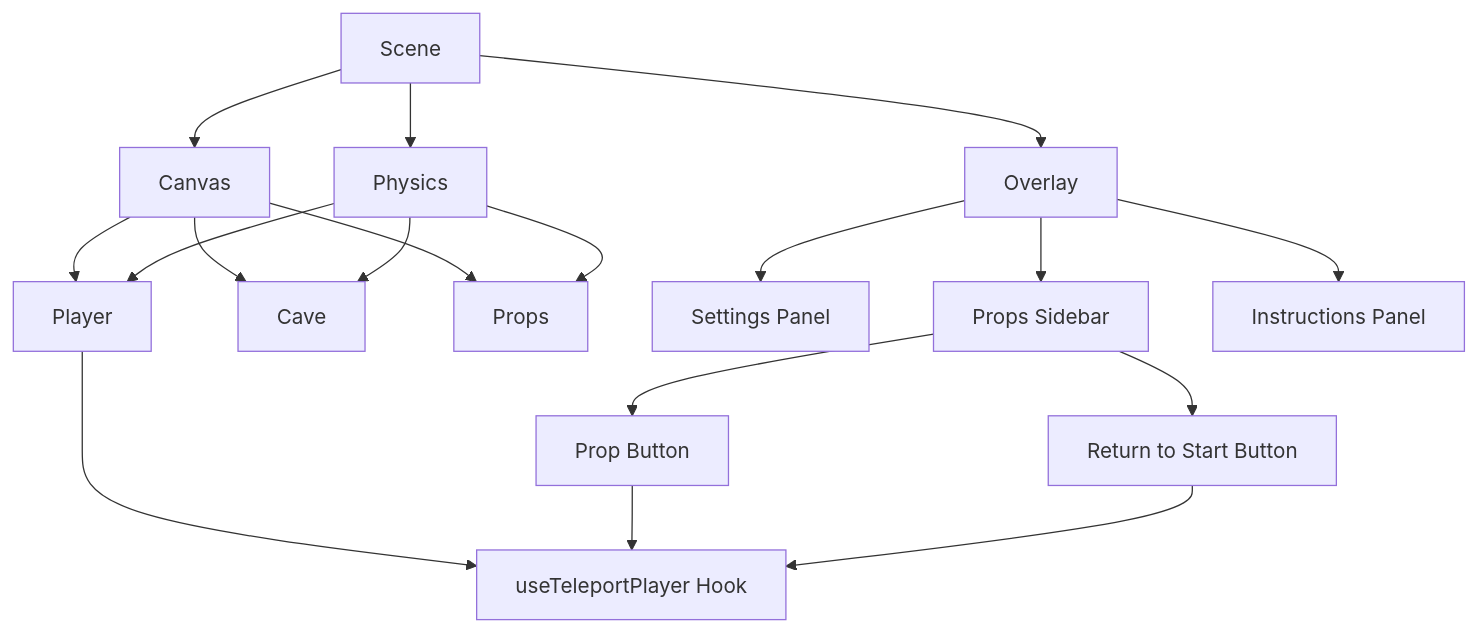
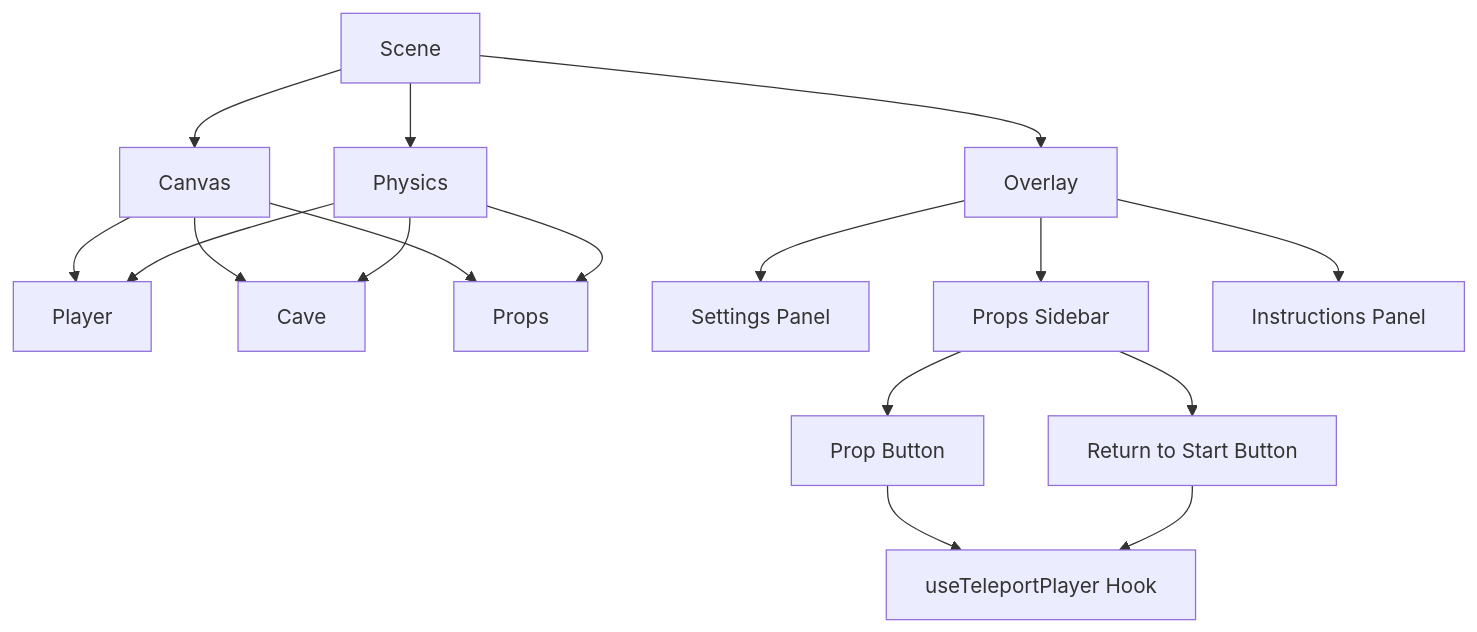
Before and after one commit to CarlaCGDM/threejs-first-person-movement: the diagram in README.md, drawn with Mermaid.

`````diff
--- a/README.md
+++ b/README.md
@@ -31,25 +31,24 @@
 ```mermaid
 graph TD
     A[Scene] --> B[Canvas]
     A --> C[Physics]
     A --> D[Overlay]
 
     B --> E[Player]
     B --> F[Cave]
     B --> G[Props]
 
     C --> E
     C --> F
     C --> G
 
     D --> H[Settings Panel]
     D --> I[Props Sidebar]
     D --> J[Instructions Panel]
 
     I --> K[Prop Button]
     I --> L[Return to Start Button]
 
-    E --> M[useTeleportPlayer Hook]
-    K --> M
+    K --> M[useTeleportPlayer Hook]
     L --> M
 ````
`````
